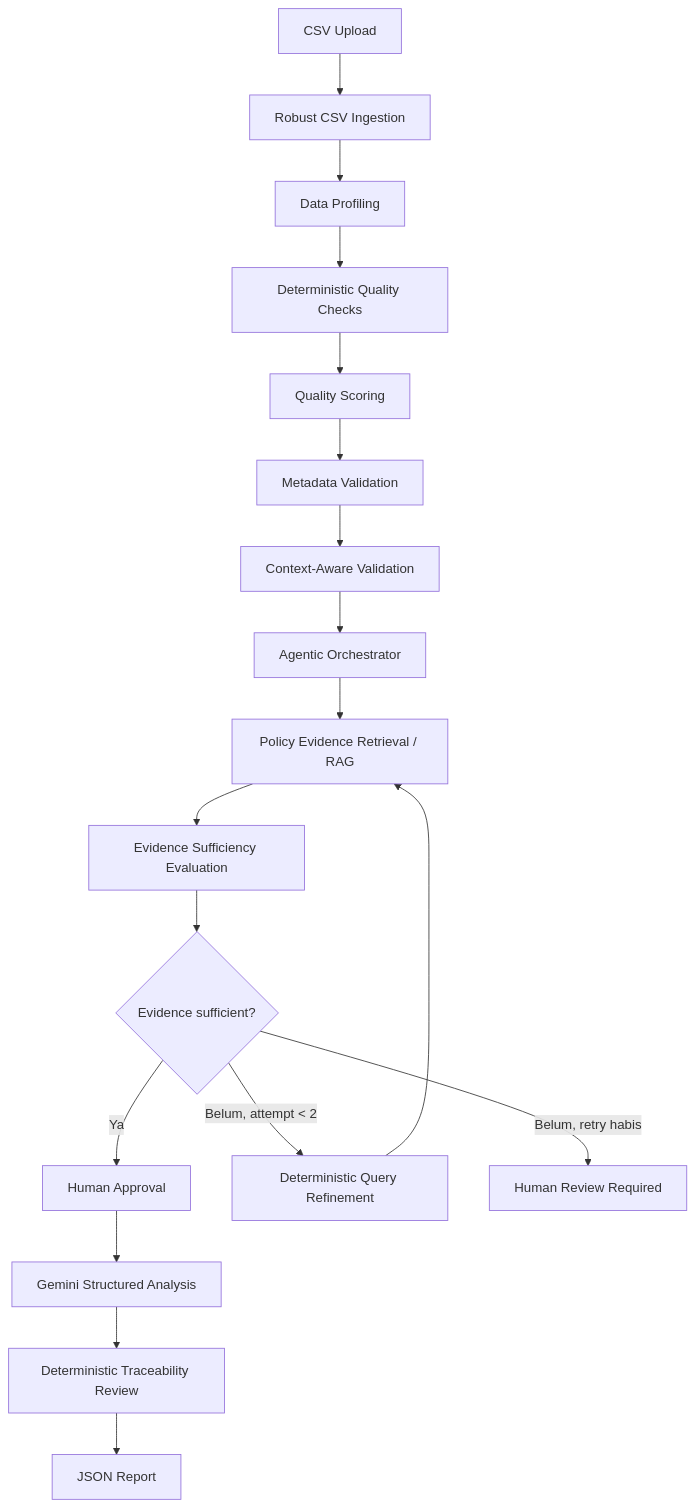
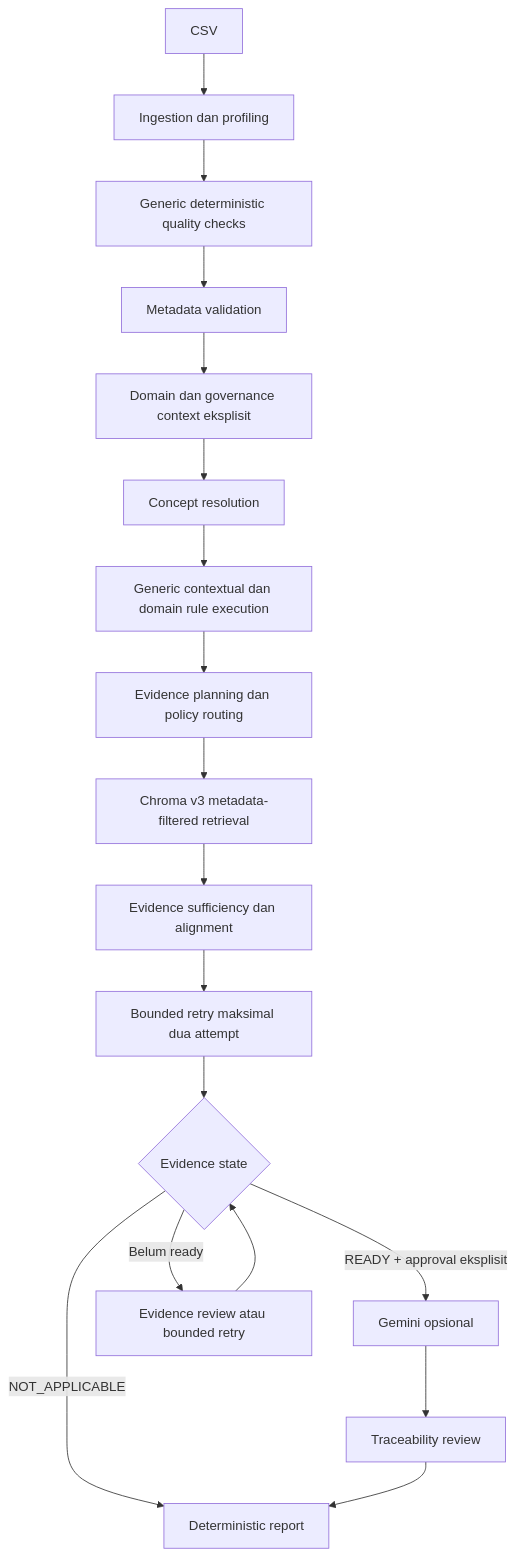
The diagram in README.md (DevonMaulana/Projek-Machine-Learning-Metaguard), drawn with Mermaid before and after one commit. The commit also changed other lines of this file, not shown here.

````diff
--- a/README.md
+++ b/README.md
@@ -47,20 +50,20 @@
 ```mermaid
 flowchart TD
-    A[CSV Upload] --> B[Robust CSV Ingestion]
-    B --> C[Data Profiling]
-    C --> D[Deterministic Quality Checks]
-    D --> E[Quality Scoring]
-    E --> F[Metadata Validation]
-    F --> G[Context-Aware Validation]
-    G --> H[Agentic Orchestrator]
-    H --> I[Policy Evidence Retrieval / RAG]
-    I --> J[Evidence Sufficiency Evaluation]
-    J --> K{Evidence sufficient?}
-    K -->|Ya| L[Human Approval]
-    K -->|Belum, attempt < 2| M[Deterministic Query Refinement]
-    M --> I
-    K -->|Belum, retry habis| N[Human Review Required]
-    L --> O[Gemini Structured Analysis]
-    O --> P[Deterministic Traceability Review]
-    P --> Q[JSON Report]
+    A[CSV] --> B[Ingestion dan profiling]
+    B --> C[Generic deterministic quality checks]
+    C --> D[Metadata validation]
+    D --> E[Domain dan governance context eksplisit]
+    E --> F[Concept resolution]
+    F --> G[Generic contextual dan domain rule execution]
+    G --> H[Evidence planning dan policy routing]
+    H --> I[Chroma v3 metadata-filtered retrieval]
+    I --> J[Evidence sufficiency dan alignment]
+    J --> K[Bounded retry maksimal dua attempt]
+    K --> L{Evidence state}
+    L -->|READY + approval eksplisit| M[Gemini opsional]
+    M --> N[Traceability review]
+    L -->|NOT_APPLICABLE| O[Deterministic report]
+    L -->|Belum ready| P[Evidence review atau bounded retry]
+    P --> L
+    N --> O
 ```
````
